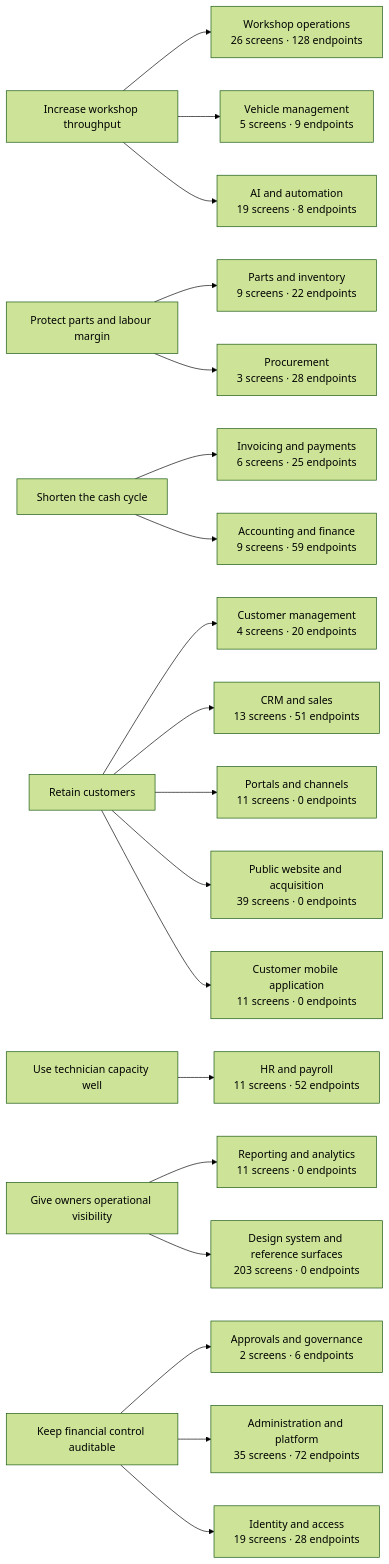
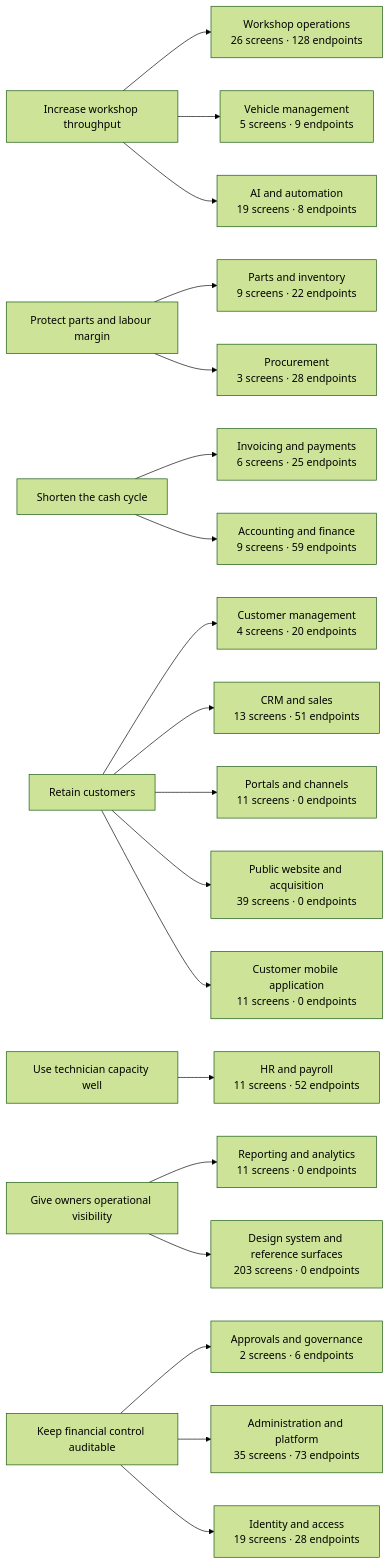
The diagram in docs/07_BUSINESS_ANALYSIS/BUSINESS_CAPABILITY_MAP.md (tazamohd/SlClNe), drawn with Mermaid (forest theme) before and after one commit. The commit also changed other lines of this file and 41 other files, not shown here.

````diff
--- a/docs/07_BUSINESS_ANALYSIS/BUSINESS_CAPABILITY_MAP.md
+++ b/docs/07_BUSINESS_ANALYSIS/BUSINESS_CAPABILITY_MAP.md
@@ -22,46 +22,46 @@
 ```mermaid
 flowchart LR
   OBJ_THROUGHPUT["Increase workshop throughput"]
   OBJ_MARGIN["Protect parts and labour margin"]
   OBJ_CASH["Shorten the cash cycle"]
   OBJ_RETENTION["Retain customers"]
   OBJ_CAPACITY["Use technician capacity well"]
   OBJ_VISIBILITY["Give owners operational visibility"]
   OBJ_CONTROL["Keep financial control auditable"]
   CAP_WORKSHOP["Workshop operations<br/>26 screens · 128 endpoints"]
   OBJ_THROUGHPUT --> CAP_WORKSHOP
   CAP_CUSTOMERS["Customer management<br/>4 screens · 20 endpoints"]
   OBJ_RETENTION --> CAP_CUSTOMERS
   CAP_VEHICLES["Vehicle management<br/>5 screens · 9 endpoints"]
   OBJ_THROUGHPUT --> CAP_VEHICLES
   CAP_INVENTORY["Parts and inventory<br/>9 screens · 22 endpoints"]
   OBJ_MARGIN --> CAP_INVENTORY
   CAP_PROCUREMENT["Procurement<br/>3 screens · 28 endpoints"]
   OBJ_MARGIN --> CAP_PROCUREMENT
   CAP_BILLING["Invoicing and payments<br/>6 screens · 25 endpoints"]
   OBJ_CASH --> CAP_BILLING
   CAP_ACCOUNTING["Accounting and finance<br/>9 screens · 59 endpoints"]
   OBJ_CASH --> CAP_ACCOUNTING
   CAP_HR["HR and payroll<br/>11 screens · 52 endpoints"]
   OBJ_CAPACITY --> CAP_HR
   CAP_CRM["CRM and sales<br/>13 screens · 51 endpoints"]
   OBJ_RETENTION --> CAP_CRM
   CAP_REPORTING["Reporting and analytics<br/>11 screens · 0 endpoints"]
   OBJ_VISIBILITY --> CAP_REPORTING
   CAP_GOVERNANCE["Approvals and governance<br/>2 screens · 6 endpoints"]
   OBJ_CONTROL --> CAP_GOVERNANCE
   CAP_PORTALS["Portals and channels<br/>11 screens · 0 endpoints"]
   OBJ_RETENTION --> CAP_PORTALS
   CAP_AI["AI and automation<br/>19 screens · 8 endpoints"]
   OBJ_THROUGHPUT --> CAP_AI
-  CAP_PLATFORM["Administration and platform<br/>35 screens · 72 endpoints"]
+  CAP_PLATFORM["Administration and platform<br/>35 screens · 73 endpoints"]
   OBJ_CONTROL --> CAP_PLATFORM
   CAP_IDENTITY["Identity and access<br/>19 screens · 28 endpoints"]
   OBJ_CONTROL --> CAP_IDENTITY
   CAP_WEBSITE["Public website and acquisition<br/>39 screens · 0 endpoints"]
   OBJ_RETENTION --> CAP_WEBSITE
   CAP_CUSTOMERAPP["Customer mobile application<br/>11 screens · 0 endpoints"]
   OBJ_RETENTION --> CAP_CUSTOMERAPP
   CAP_DESIGNSYSTEM["Design system and reference surfaces<br/>203 screens · 0 endpoints"]
   OBJ_VISIBILITY --> CAP_DESIGNSYSTEM
 ```
````
